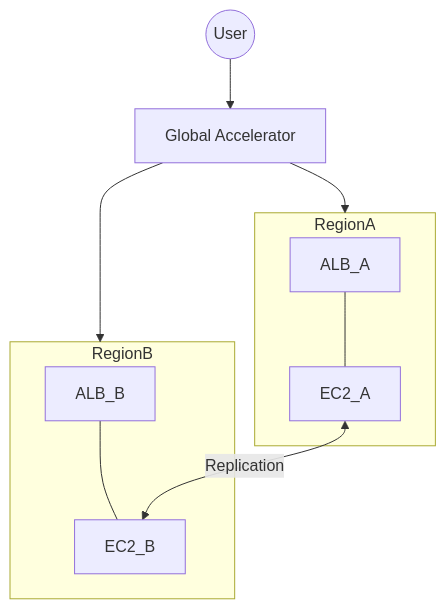
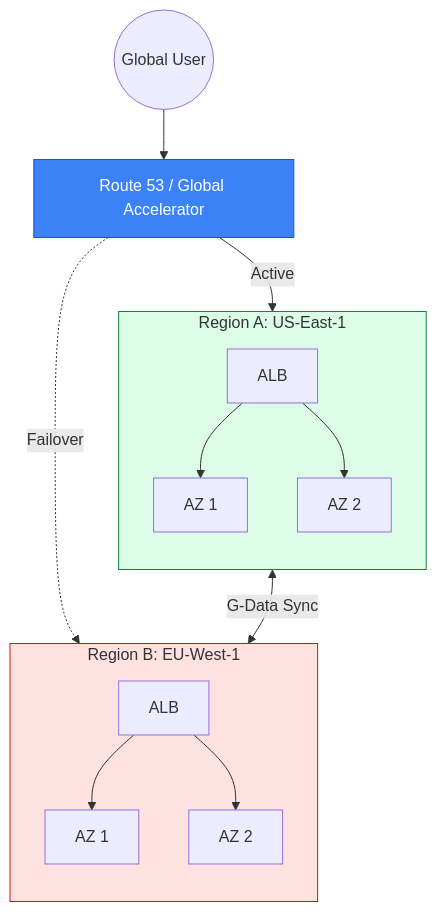
The diagram in 2-Intermediate/01-Phase-1/01-Networking/08-High-Availability-and-Multi-Region/README.md (Ganil151/Devops), drawn with Mermaid before and after one commit. The commit also changed other lines of this file and 51 other files, not shown here.

````diff
--- a/2-Intermediate/01-Phase-1/01-Networking/08-High-Availability-and-Multi-Region/README.md
+++ b/2-Intermediate/01-Phase-1/01-Networking/08-High-Availability-and-Multi-Region/README.md
@@ -28,15 +5,25 @@
 ```mermaid
 graph TD
-    User((User)) --> GA[Global Accelerator]
-    GA --> RegionA[Region: us-east-1]
-    GA --> RegionB[Region: eu-west-1]
+    User((Global User)) --> R53[Route 53 / Global Accelerator]
+    
+    subgraph Primary_Region[Region A: US-East-1]
+        direction TB
+        ALB_A[ALB] --> AZ_A1[AZ 1]
+        ALB_A --> AZ_A2[AZ 2]
+    end
+    
+    subgraph Standby_Region[Region B: EU-West-1]
+        direction TB
+        ALB_B[ALB] --> AZ_B1[AZ 1]
+        ALB_B --> AZ_B2[AZ 2]
+    end
+    
+    R53 -->|Active| Primary_Region
+    R53 -.->|Failover| Standby_Region
+    
+    Primary_Region <-->|G-Data Sync| Standby_Region
 
-subgraph RegionA
-    ALB_A --- EC2_A
-    end
-    subgraph RegionB
-    ALB_B --- EC2_B
-    end
-
-EC2_A <-->|Replication| EC2_B
+    style Primary_Region fill:#dcfce7,stroke:#15803d
+    style Standby_Region fill:#fee2e2,stroke:#b91c1c
+    style R53 fill:#3b82f6,stroke:#1d4ed8,color:#fff
 ```
````
